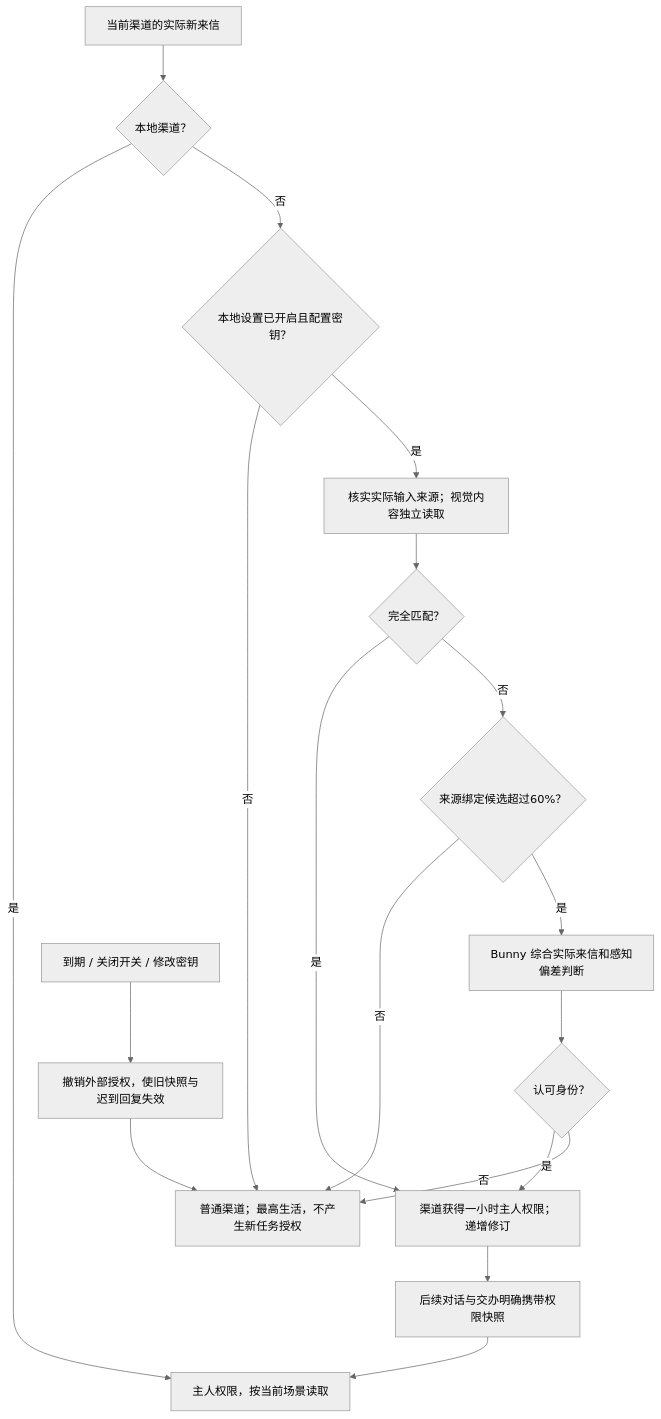
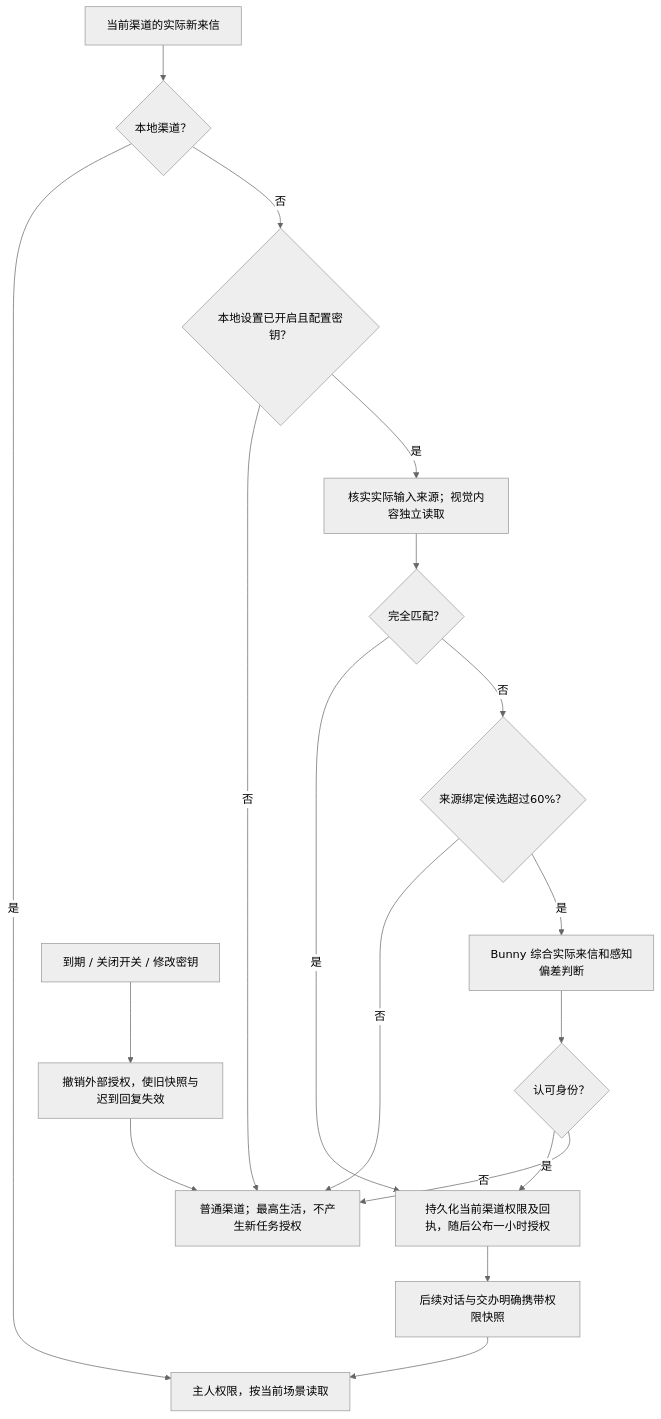
The third of 8 diagrams in docs/flows.md (zhyuzh3d/workbunny), drawn with Mermaid (neutral theme) before and after one commit. The commit also changed other lines of this file and 61 other files, not shown here.

````diff
--- a/docs/flows.md
+++ b/docs/flows.md
@@ -64,20 +64,20 @@
 ```mermaid
 flowchart TD
     Input["当前渠道的实际新来信"] --> Local{"本地渠道？"}
     Local -->|"是"| Owner["主人权限，按当前场景读取"]
     Local -->|"否"| Enabled{"本地设置已开启且配置密钥？"}
     Enabled -->|"否"| Ordinary["普通渠道；最高生活，不产生新任务授权"]
     Enabled -->|"是"| Source["核实实际输入来源；视觉内容独立读取"]
     Source --> Exact{"完全匹配？"}
-    Exact -->|"是"| Grant["渠道获得一小时主人权限；递增修订"]
+    Exact -->|"是"| Grant["持久化当前渠道权限及回执，随后公布一小时授权"]
     Exact -->|"否"| Similar{"来源绑定候选超过60%？"}
     Similar -->|"否"| Ordinary
     Similar -->|"是"| Judge["Bunny 综合实际来信和感知偏差判断"]
     Judge --> Approved{"认可身份？"}
     Approved -->|"是"| Grant
     Approved -->|"否"| Ordinary
     Grant --> Snapshot["后续对话与交办明确携带权限快照"]
     Snapshot --> Owner
     Revoke["到期 / 关闭开关 / 修改密钥"] --> Invalidate["撤销外部授权，使旧快照与迟到回复失效"]
     Invalidate --> Ordinary
 ```
````
